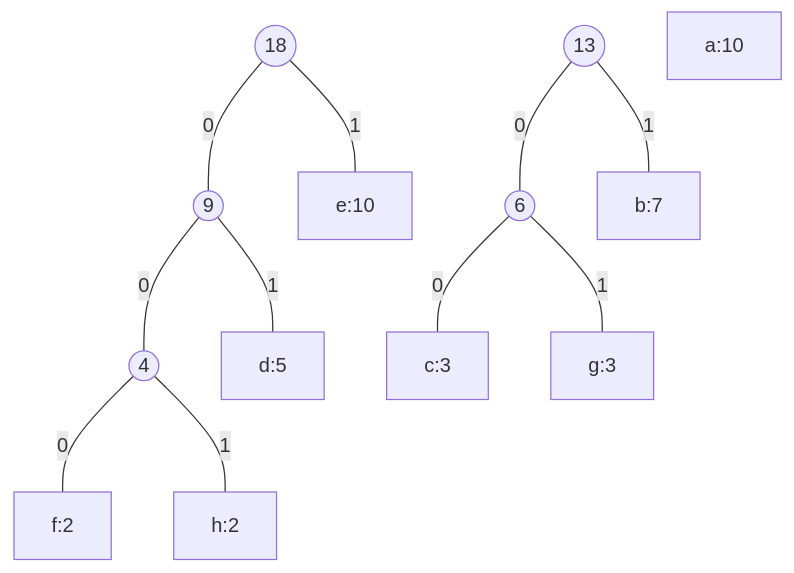
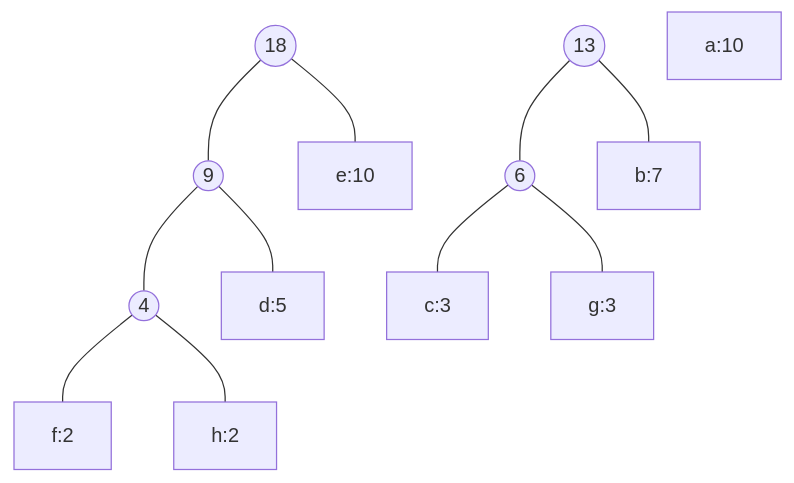
The sixth of 8 diagrams in 04/assignment4.md (rdimartino/algorithms-hw), drawn with Mermaid before and after one commit. The commit also changed other lines of this file and 1 other file, not shown here.

````diff
--- a/04/assignment4.md
+++ b/04/assignment4.md
@@ -143,23 +143,23 @@
     ```mermaid
     graph TD
 
         %% stage 1
-        n1((4))---|0|f:2
-        n1---|1|h:2
+        n1((4))---f:2
+        n1---h:2
         %% stage 3
-        n3((9))---|0|n1
-        n3---|1|d:5
+        n3((9))---n1
+        n3---d:5
         %% stage 5
-        n5((18))---|0|n3
-        n5---|1|e:10
+        n5((18))---n3
+        n5---e:10
 
         %% stage 2
-        n2((6))---|0|c:3
-        n2---|1|g:3
+        n2((6))---c:3
+        n2---g:3
         %% stage 4
-        n4((13))---|0|n2
-        n4---|1|b:7
+        n4((13))---n2
+        n4---b:7
 
         %% unallocated
         a:10
     ```
````
